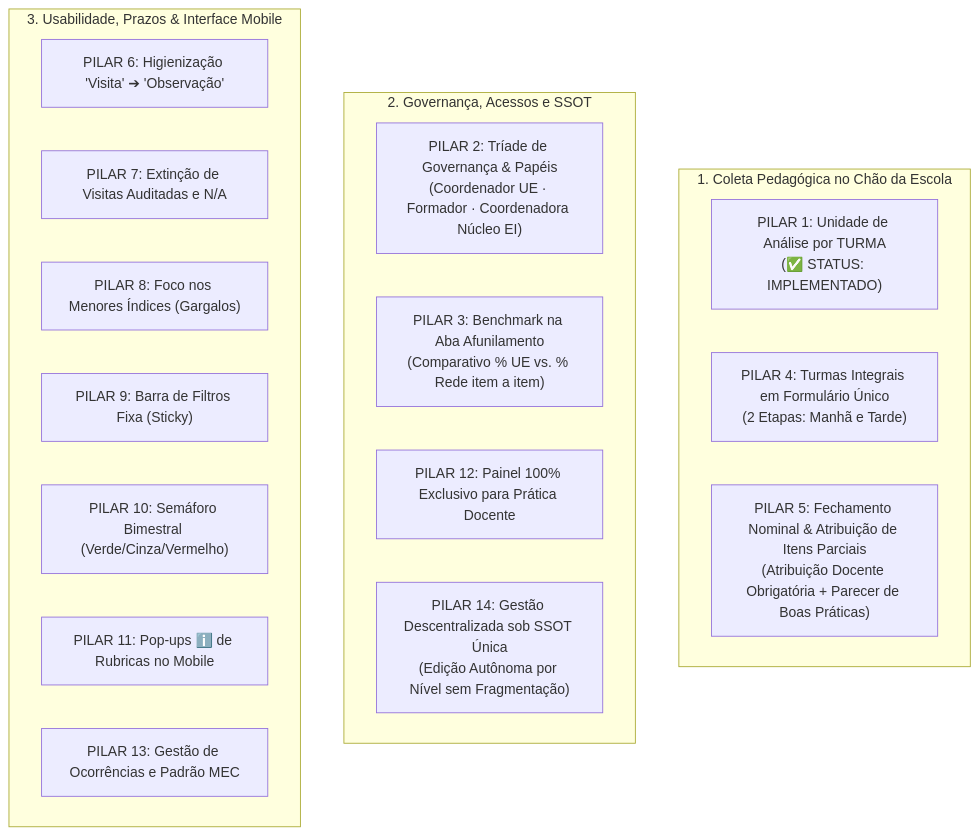
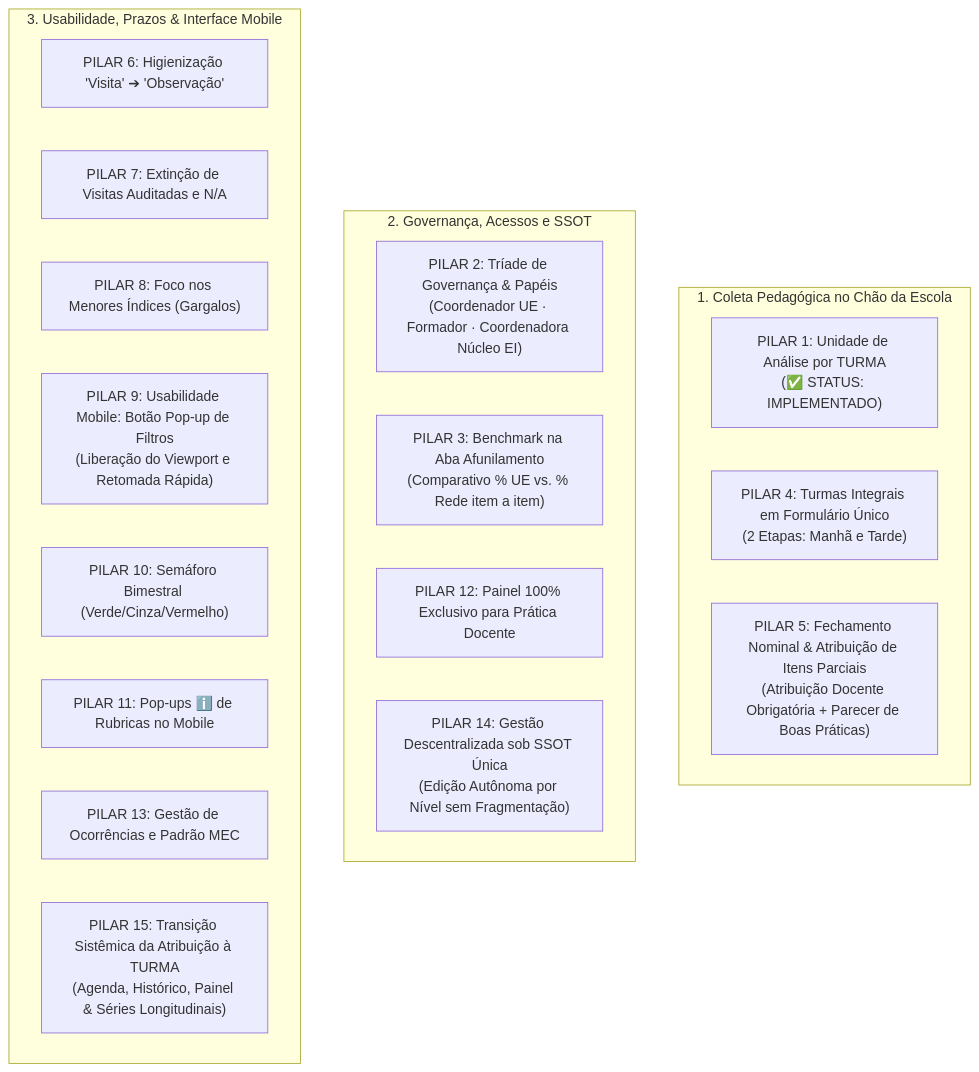
Before and after one commit to silvabrun0/supervisao-st-crianca: the first of 2 diagrams in docs/documento_insights_supervisao_pedagogica_20261020.md, drawn with Mermaid. The commit also changed other lines of this file and 4 other files, not shown here.

````diff
--- a/docs/documento_insights_supervisao_pedagogica_20261020.md
+++ b/docs/documento_insights_supervisao_pedagogica_20261020.md
@@ -44,25 +44,26 @@
 ```mermaid
 flowchart TD
     subgraph StatusColeta["1. Coleta Pedagógica no Chão da Escola"]
         P1["PILAR 1: Unidade de Análise por TURMA\n(✅ STATUS: IMPLEMENTADO)"]
         P4["PILAR 4: Turmas Integrais em Formulário Único\n(2 Etapas: Manhã e Tarde)"]
         P5["PILAR 5: Fechamento Nominal & Atribuição de Itens Parciais\n(Atribuição Docente Obrigatória + Parecer de Boas Práticas)"]
     end
 
     subgraph Governanca["2. Governança, Acessos e SSOT"]
         P2["PILAR 2: Tríade de Governança & Papéis\n(Coordenador UE · Formador · Coordenadora Núcleo EI)"]
         P3["PILAR 3: Benchmark na Aba Afunilamento\n(Comparativo % UE vs. % Rede item a item)"]
         P12["PILAR 12: Painel 100% Exclusivo para Prática Docente"]
         P14["PILAR 14: Gestão Descentralizada sob SSOT Única\n(Edição Autônoma por Nível sem Fragmentação)"]
     end
 
     subgraph Ergonomia["3. Usabilidade, Prazos & Interface Mobile"]
         P6["PILAR 6: Higienização 'Visita' ➔ 'Observação'"]
         P7["PILAR 7: Extinção de Visitas Auditadas e N/A"]
         P8["PILAR 8: Foco nos Menores Índices (Gargalos)"]
-        P9["PILAR 9: Barra de Filtros Fixa (Sticky)"]
+        P9["PILAR 9: Usabilidade Mobile: Botão Pop-up de Filtros\n(Liberação do Viewport e Retomada Rápida)"]
         P10["PILAR 10: Semáforo Bimestral (Verde/Cinza/Vermelho)"]
         P11["PILAR 11: Pop-ups ℹ️ de Rubricas no Mobile"]
         P13["PILAR 13: Gestão de Ocorrências e Padrão MEC"]
+        P15["PILAR 15: Transição Sistêmica da Atribuição à TURMA\n(Agenda, Histórico, Painel & Séries Longitudinais)"]
     end
 ```
````
